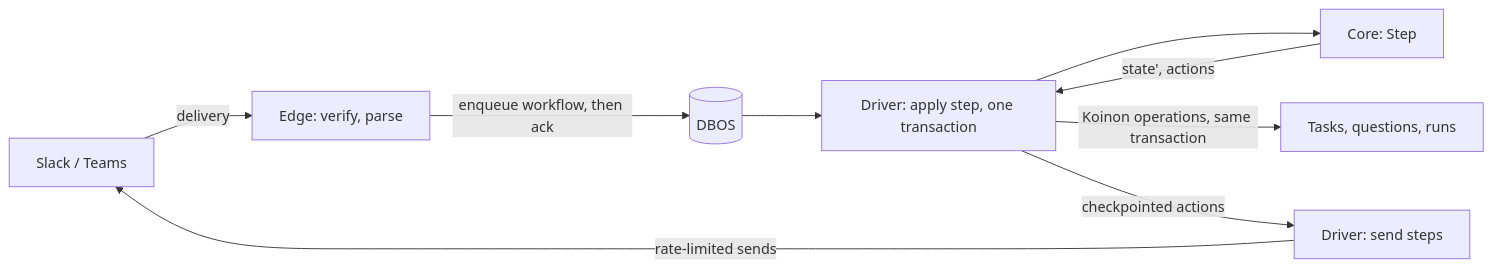
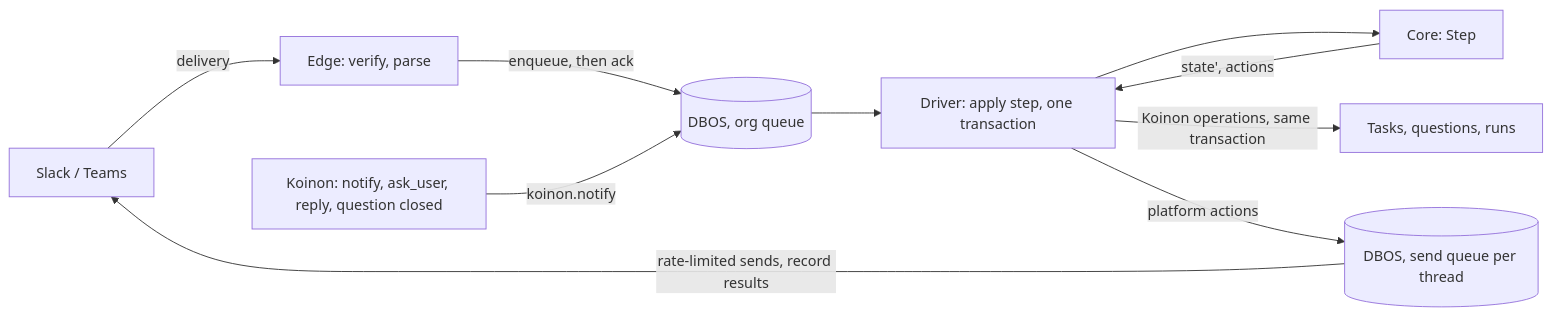
Before and after one commit to stateracloud/koinon: the diagram in docs/adr/0127-chat-adapter-pure-core.md, drawn with Mermaid. The commit also changed other lines of this file and 1 other file, not shown here.

````diff
--- a/docs/adr/0127-chat-adapter-pure-core.md
+++ b/docs/adr/0127-chat-adapter-pure-core.md
@@ -73,11 +74,12 @@
 ```mermaid
 flowchart LR
   P[Slack / Teams] -->|delivery| E[Edge: verify, parse]
-  E -->|enqueue workflow, then ack| D[(DBOS)]
+  E -->|enqueue, then ack| D[(DBOS, org queue)]
+  K0[Koinon: notify, ask_user, reply, question closed] -->|koinon.notify| D
   D --> A[Driver: apply step, one transaction]
   A --> C[Core: Step]
   C -->|state', actions| A
   A -->|Koinon operations, same transaction| K[Tasks, questions, runs]
-  A -->|checkpointed actions| S[Driver: send steps]
-  S -->|rate-limited sends| P
+  A -->|platform actions| S[(DBOS, send queue per thread)]
+  S -->|rate-limited sends, record results| P
 ```
````
